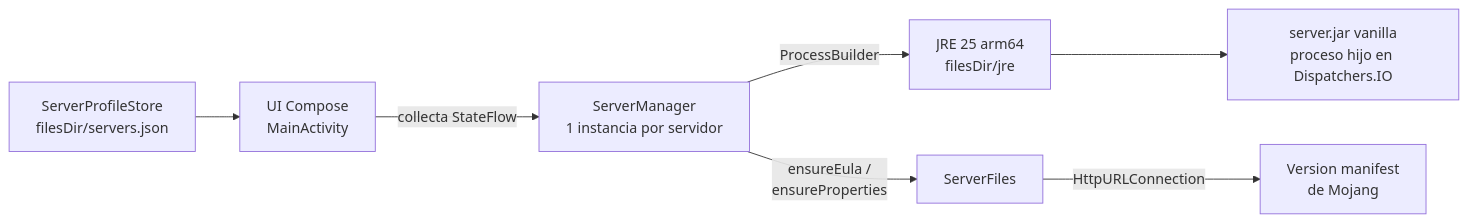
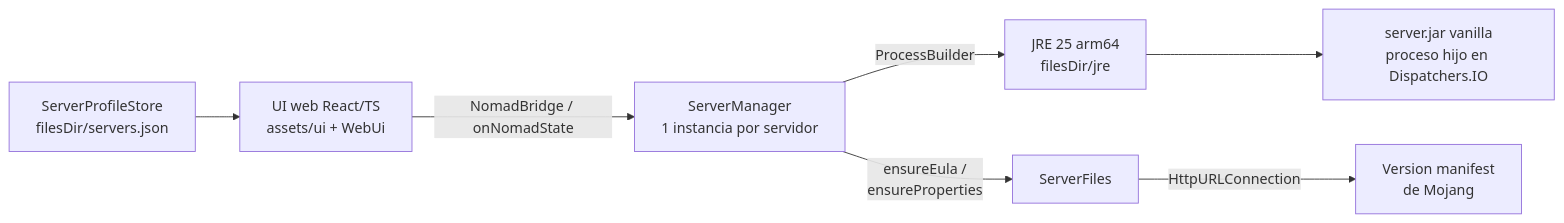
Before and after one commit to elJulioDev/NomadServer: the diagram in README.md, drawn with Mermaid. The commit also changed other lines of this file and 31 other files, not shown here.

Commit message:
feat: cambia completamente renderizado de app, remplazando compose por react en webview

````diff
--- a/README.md
+++ b/README.md
@@ -109,9 +113,9 @@
 ```mermaid
 flowchart LR
-    A["UI Compose<br/>MainActivity"] -->|"collecta StateFlow"| B["ServerManager<br/>1 instancia por servidor"]
+    A["UI web React/TS<br/>assets/ui + WebUi"] -->|"NomadBridge / onNomadState"| B["ServerManager<br/>1 instancia por servidor"]
     B -->|"ProcessBuilder"| C["JRE 25 arm64<br/>filesDir/jre"]
     C --> D["server.jar vanilla<br/>proceso hijo en Dispatchers.IO"]
     B -->|"ensureEula /<br/>ensureProperties"| E["ServerFiles"]
     E -->|"HttpURLConnection"| F["Version manifest<br/>de Mojang"]
     G["ServerProfileStore<br/>filesDir/servers.json"] --> A
 ```
````
